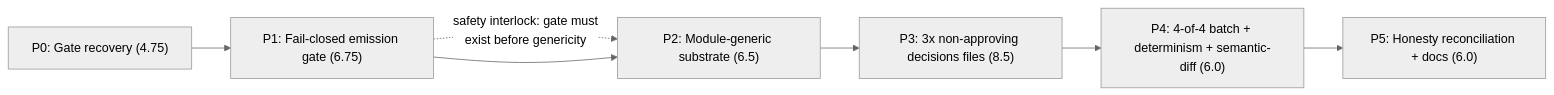
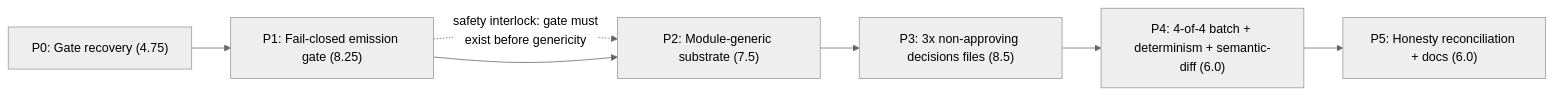
The diagram in docs/project_plans/implementation_plans/infrastructure/multi-bundle-conversion-e1-finish.md (miethe/pediatric-anemia-site), drawn with Mermaid (neutral theme) before and after one commit. The commit also changed other lines of this file and 12 other files, not shown here.

````diff
--- a/docs/project_plans/implementation_plans/infrastructure/multi-bundle-conversion-e1-finish.md
+++ b/docs/project_plans/implementation_plans/infrastructure/multi-bundle-conversion-e1-finish.md
@@ -307,16 +309,16 @@
 ```mermaid
 graph LR
   P0["P0: Gate recovery (4.75)"]
-  P1["P1: Fail-closed emission gate (6.75)"]
-  P2["P2: Module-generic substrate (6.5)"]
+  P1["P1: Fail-closed emission gate (8.25)"]
+  P2["P2: Module-generic substrate (7.5)"]
   P3["P3: 3x non-approving decisions files (8.5)"]
   P4["P4: 4-of-4 batch + determinism + semantic-diff (6.0)"]
   P5["P5: Honesty reconciliation + docs (6.0)"]
 
   P0 --> P1
   P1 -. "safety interlock: gate must\nexist before genericity" .-> P2
   P1 --> P2
   P2 --> P3
   P3 --> P4
   P4 --> P5
 ```
````
